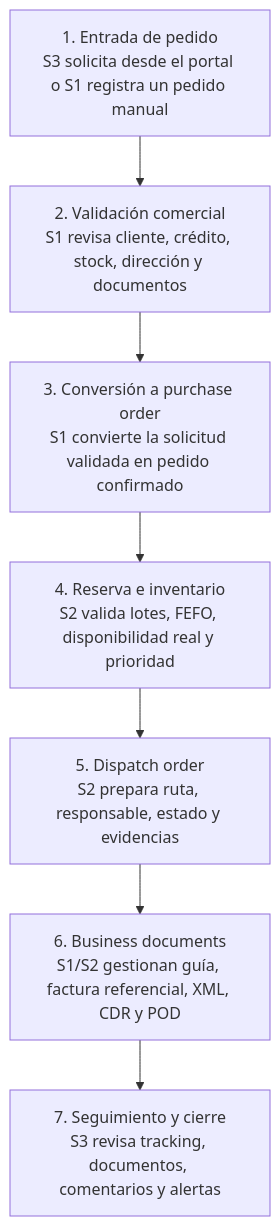
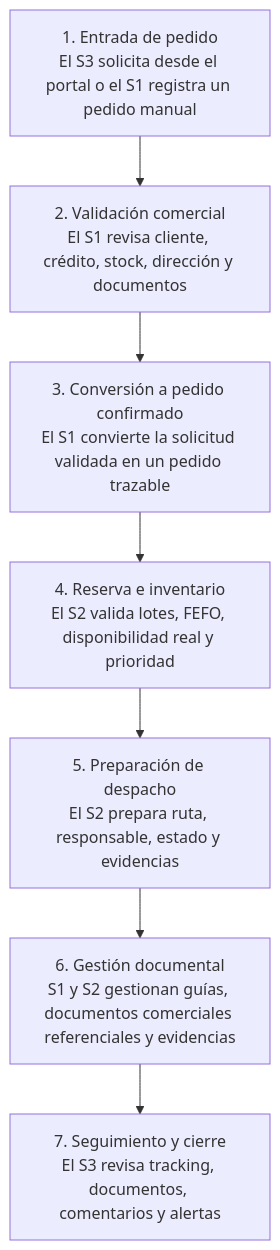
Before and after one commit to upc-pre-202610-1asi0729-12010-VulturesD/nexa-report: the second of 4 diagrams in 10-chapter-1-introduction/1-3-target-segments.md, drawn with Mermaid. The commit also changed other lines of this file and 1 other file, not shown here.

````diff
--- a/10-chapter-1-introduction/1-3-target-segments.md
+++ b/10-chapter-1-introduction/1-3-target-segments.md
@@ -74,17 +53,17 @@
 ```mermaid
 flowchart TD
-    P1["1. Entrada de pedido\nS3 solicita desde el portal o S1 registra un pedido manual"]
-    P2["2. Validación comercial\nS1 revisa cliente, crédito, stock, dirección y documentos"]
-    P3["3. Conversión a purchase order\nS1 convierte la solicitud validada en pedido confirmado"]
-    P4["4. Reserva e inventario\nS2 valida lotes, FEFO, disponibilidad real y prioridad"]
-    P5["5. Dispatch order\nS2 prepara ruta, responsable, estado y evidencias"]
-    P6["6. Business documents\nS1/S2 gestionan guía, factura referencial, XML, CDR y POD"]
-    P7["7. Seguimiento y cierre\nS3 revisa tracking, documentos, comentarios y alertas"]
+    P1["1. Entrada de pedido<br/>El S3 solicita desde el portal o el S1 registra un pedido manual"]
+    P2["2. Validación comercial<br/>El S1 revisa cliente, crédito, stock, dirección y documentos"]
+    P3["3. Conversión a pedido confirmado<br/>El S1 convierte la solicitud validada en un pedido trazable"]
+    P4["4. Reserva e inventario<br/>El S2 valida lotes, FEFO, disponibilidad real y prioridad"]
+    P5["5. Preparación de despacho<br/>El S2 prepara ruta, responsable, estado y evidencias"]
+    P6["6. Gestión documental<br/>S1 y S2 gestionan guías, documentos comerciales referenciales y evidencias"]
+    P7["7. Seguimiento y cierre<br/>El S3 revisa tracking, documentos, comentarios y alertas"]
 
     P1 --> P2
     P2 --> P3
     P3 --> P4
     P4 --> P5
     P5 --> P6
     P6 --> P7
 ```
````
